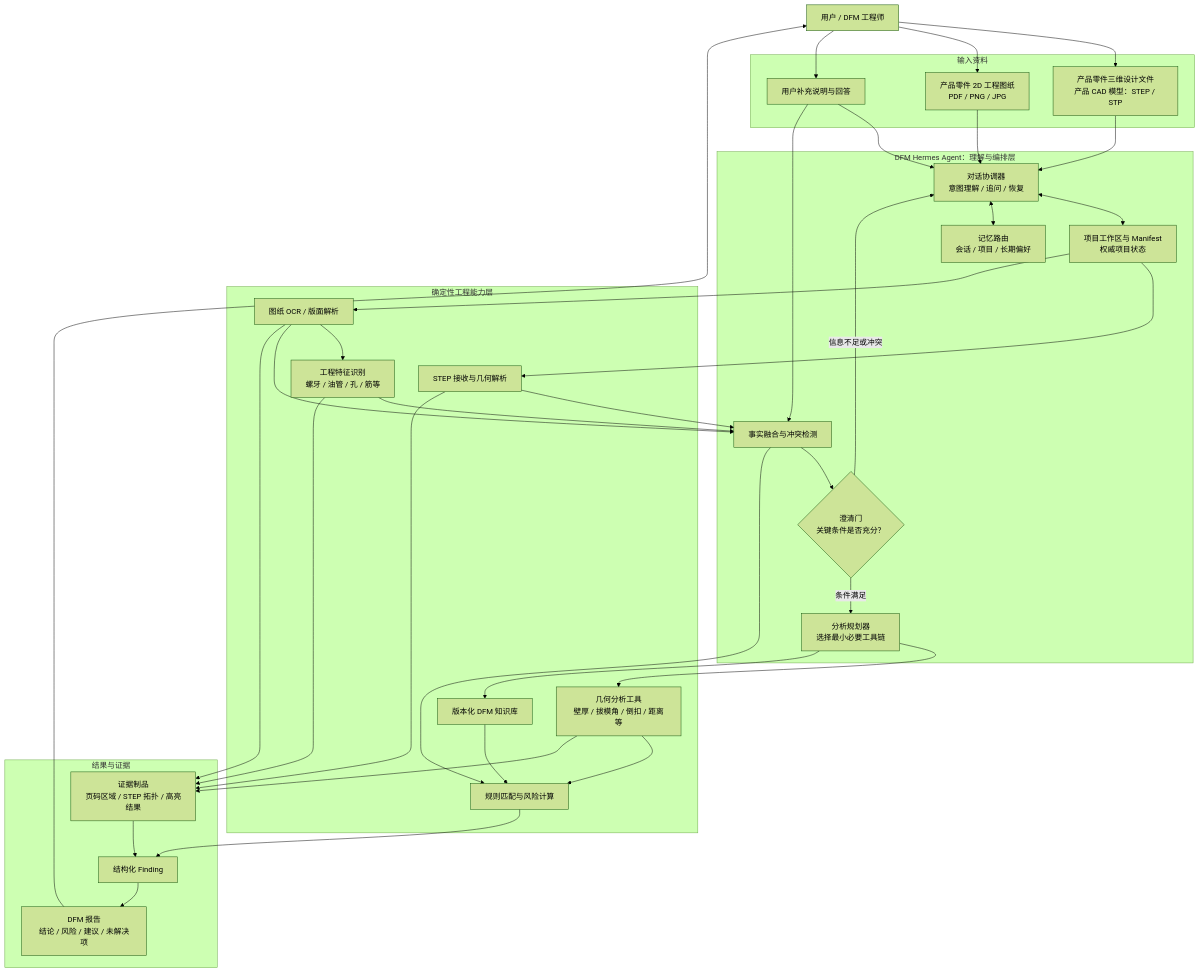
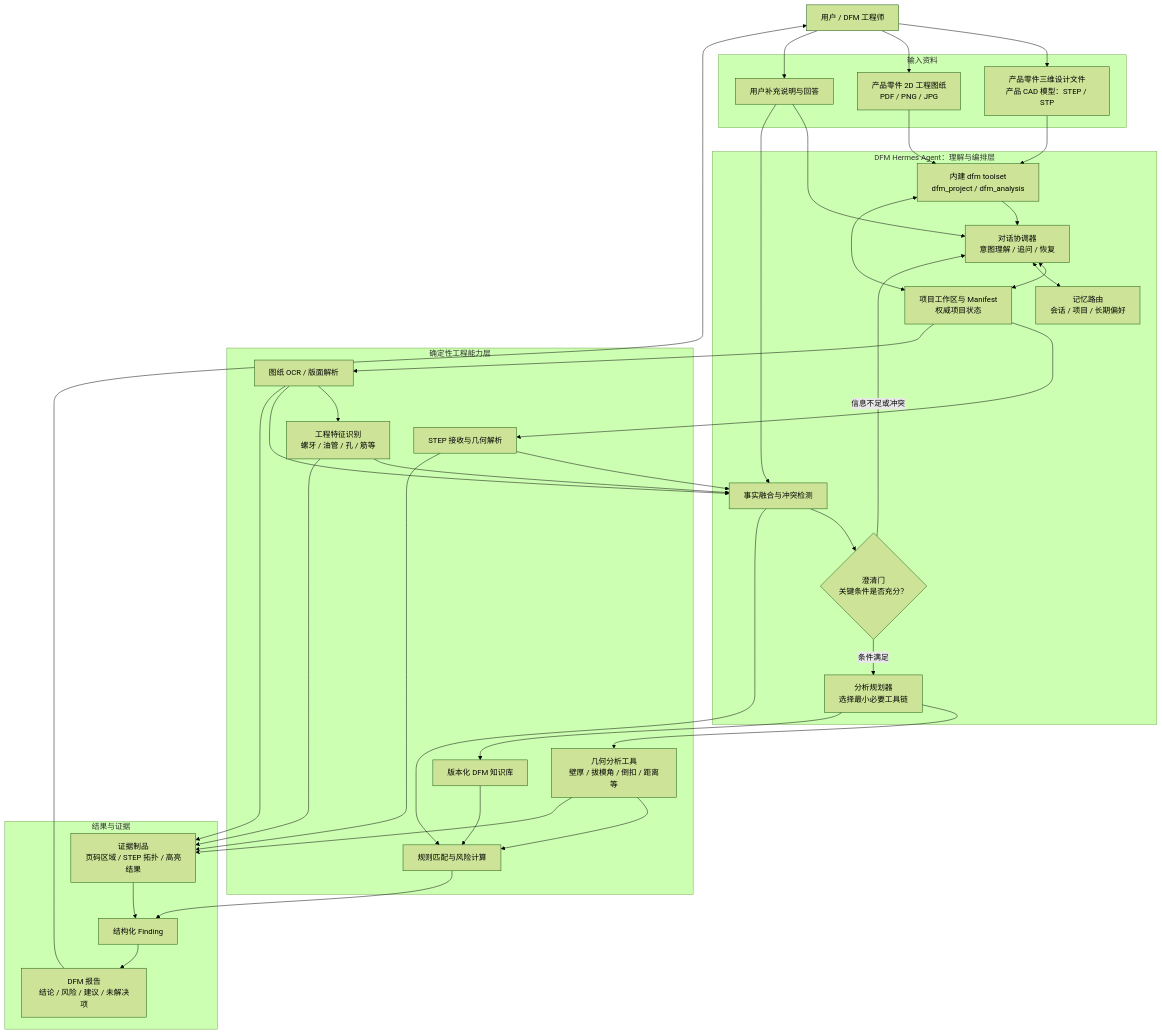
Before and after one commit to 1004860611/hermes-agent: the diagram in docs/plans/2026-07-13-dfm-hermes-agent-development-roadmap.md, drawn with Mermaid (forest theme). The commit also changed other lines of this file and 36 other files, not shown here.

````diff
--- a/docs/plans/2026-07-13-dfm-hermes-agent-development-roadmap.md
+++ b/docs/plans/2026-07-13-dfm-hermes-agent-development-roadmap.md
@@ -87,66 +111,69 @@
 ```mermaid
 flowchart TB
     U[用户 / DFM 工程师]
 
     subgraph IN[输入资料]
         S[产品零件三维设计文件<br/>产品 CAD 模型：STEP / STP]
         D[产品零件 2D 工程图纸<br/>PDF / PNG / JPG]
         T[用户补充说明与回答]
     end
 
     subgraph H[DFM Hermes Agent：理解与编排层]
+        TA[内建 dfm toolset<br/>dfm_project / dfm_analysis]
         C[对话协调器<br/>意图理解 / 追问 / 恢复]
         P[项目工作区与 Manifest<br/>权威项目状态]
         F[事实融合与冲突检测]
         G{澄清门<br/>关键条件是否充分？}
         A[分析规划器<br/>选择最小必要工具链]
         M[记忆路由<br/>会话 / 项目 / 长期偏好]
     end
 
     subgraph E[确定性工程能力层]
         SI[STEP 接收与几何解析]
         DI[图纸 OCR / 版面解析]
         FD[工程特征识别<br/>螺牙 / 油管 / 孔 / 筋等]
         GT[几何分析工具<br/>壁厚 / 拔模角 / 倒扣 / 距离等]
         KB[版本化 DFM 知识库]
         RE[规则匹配与风险计算]
     end
 
     subgraph O[结果与证据]
         EV[证据制品<br/>页码区域 / STEP 拓扑 / 高亮结果]
         R[结构化 Finding]
         RP[DFM 报告<br/>结论 / 风险 / 建议 / 未解决项]
     end
 
     U --> S
     U --> D
     U --> T
-    S --> C
-    D --> C
+    S --> TA
+    D --> TA
     T --> C
+    TA --> C
+    TA <--> P
     C <--> P
     C <--> M
     P --> SI
     P --> DI
     DI --> FD
     SI --> F
     DI --> F
     FD --> F
     T --> F
     F --> G
     G -- 信息不足或冲突 --> C
     G -- 条件满足 --> A
     A --> GT
     A --> KB
     GT --> RE
     KB --> RE
     F --> RE
     SI --> EV
     DI --> EV
     FD --> EV
     GT --> EV
     RE --> R
     EV --> R
     R --> RP
     RP --> U
 ```
````
